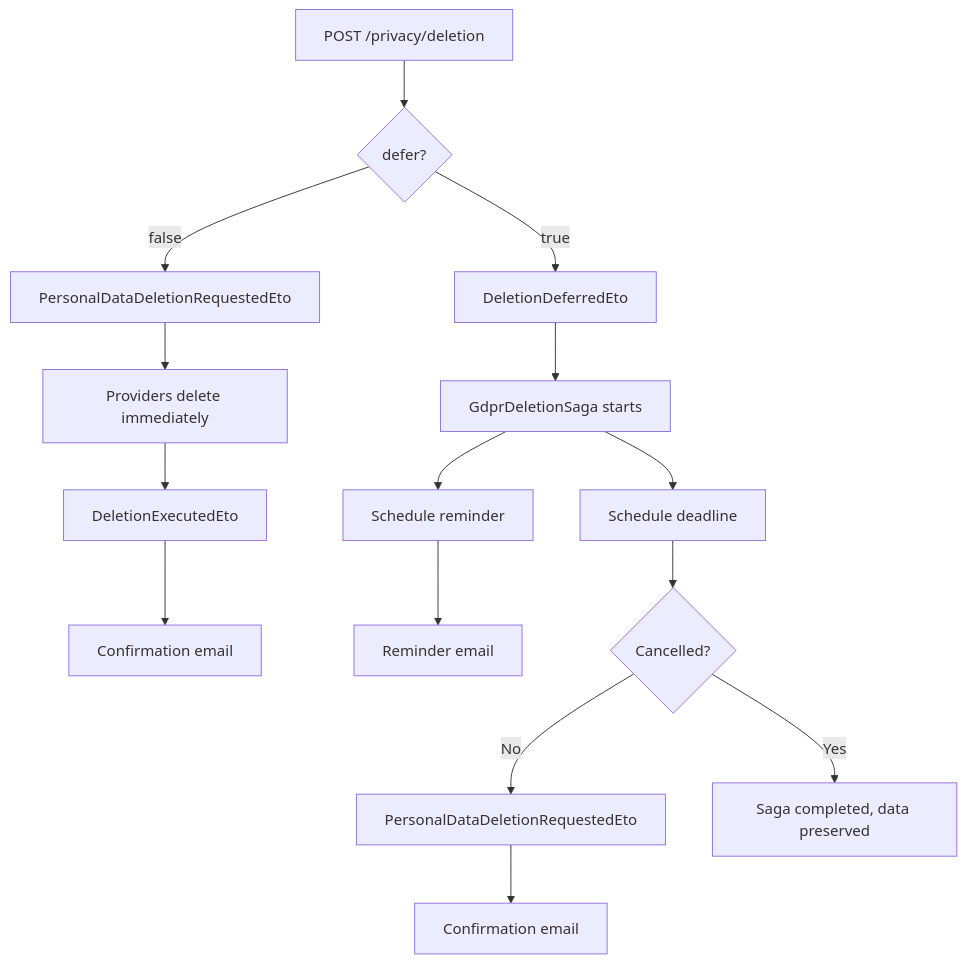
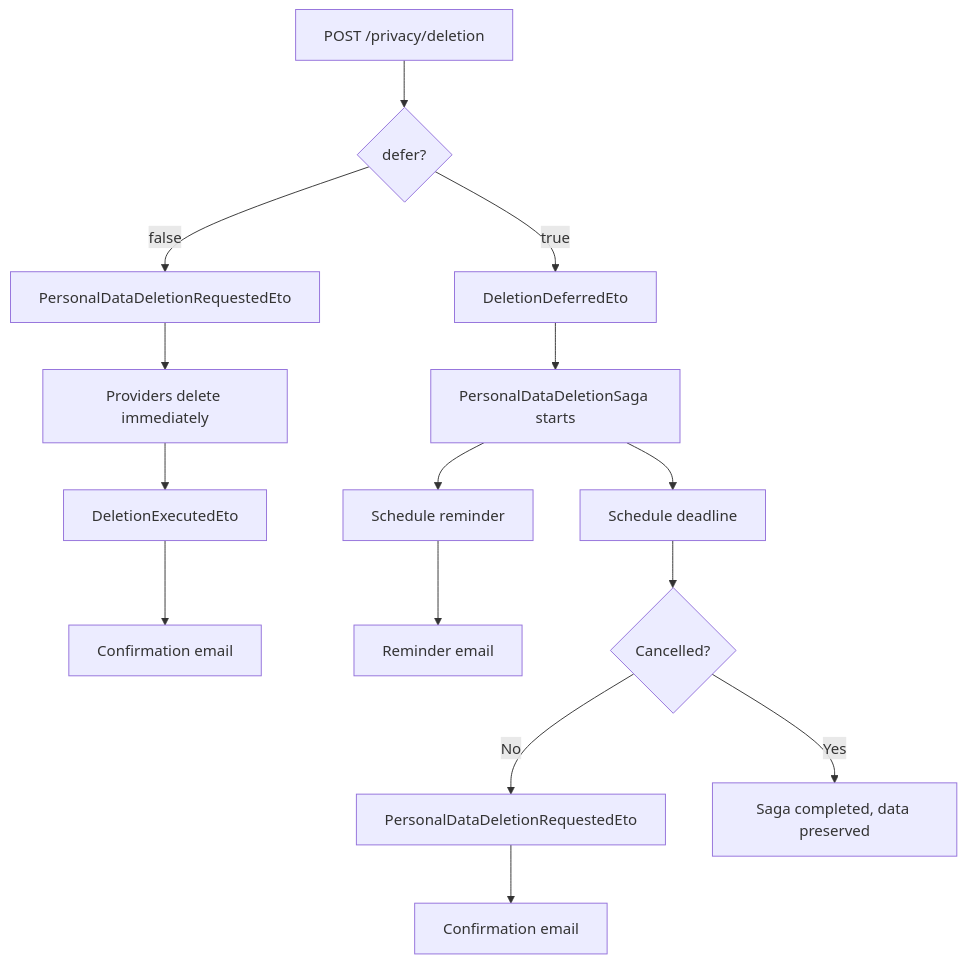
One commit to granit-fx/granit-dotnet changed the second of 2 diagrams in docs-site/src/content/docs/dotnet/compliance/privacy.mdx. Above: the diagram before and after it, drawn with Mermaid. The commit also changed other lines of this file and 73 other files, not shown here.

````diff
--- a/docs-site/src/content/docs/dotnet/compliance/privacy.mdx
+++ b/docs-site/src/content/docs/dotnet/compliance/privacy.mdx
@@ -97,17 +97,17 @@
 ```mermaid
 flowchart TD
     A["POST /privacy/deletion"] --> B{defer?}
     B -->|false| C[PersonalDataDeletionRequestedEto]
     C --> D[Providers delete immediately]
     D --> E[DeletionExecutedEto]
     E --> F["Confirmation email"]
     B -->|true| G[DeletionDeferredEto]
-    G --> H["GdprDeletionSaga starts"]
+    G --> H["PersonalDataDeletionSaga starts"]
     H --> I["Schedule reminder"]
     H --> J["Schedule deadline"]
     I --> K["Reminder email"]
     J --> L{Cancelled?}
     L -->|No| M[PersonalDataDeletionRequestedEto]
     M --> N["Confirmation email"]
     L -->|Yes| O["Saga completed, data preserved"]
 ```
````
